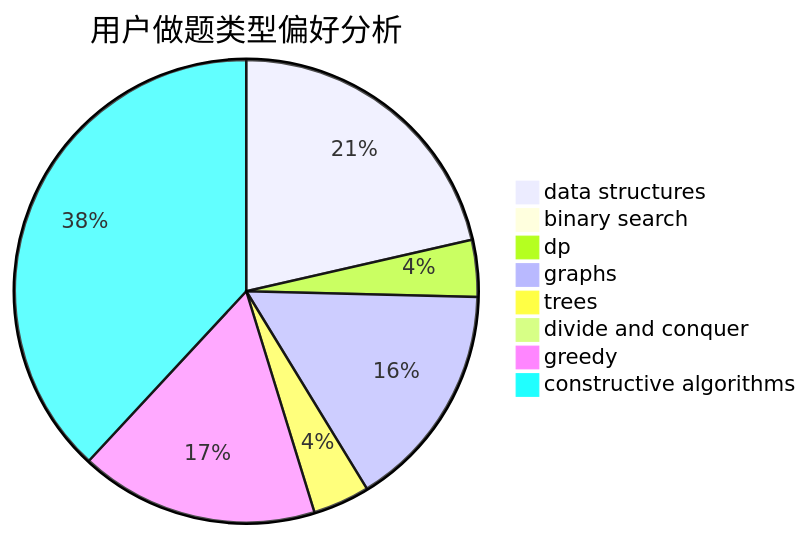
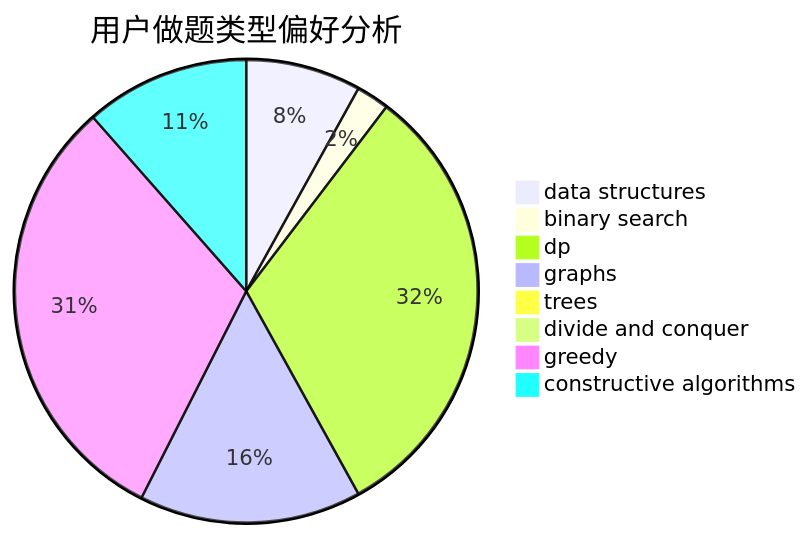
The second of 3 diagrams in docs/user/u2673.md (sherpahu/cfrs.github.io), drawn with Mermaid before and after one commit. The commit also changed other lines of this file and 2770 other files, not shown here.

````diff
--- a/docs/user/u2673.md
+++ b/docs/user/u2673.md
@@ -23,11 +23,11 @@
 ```mermaid
 pie title 用户做题类型偏好分析
-    "data structures" :  27
-    "binary search" :  0
-    "dp" :  5
-    "graphs" :  20
-    "trees" :  5
+    "data structures" :  14
+    "binary search" :  4
+    "dp" :  55
+    "graphs" :  27
+    "trees" :  0
     "divide and conquer" :  0
-    "greedy" :  21
-    "constructive algorithms" :  48
+    "greedy" :  54
+    "constructive algorithms" :  20
 ```
````
